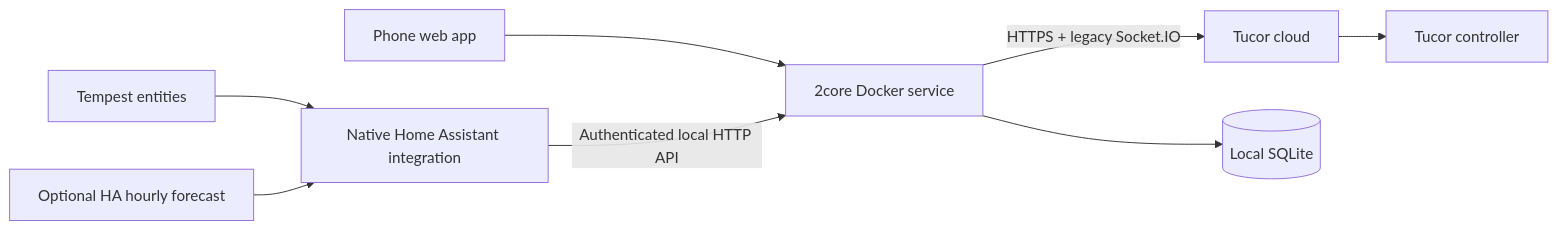
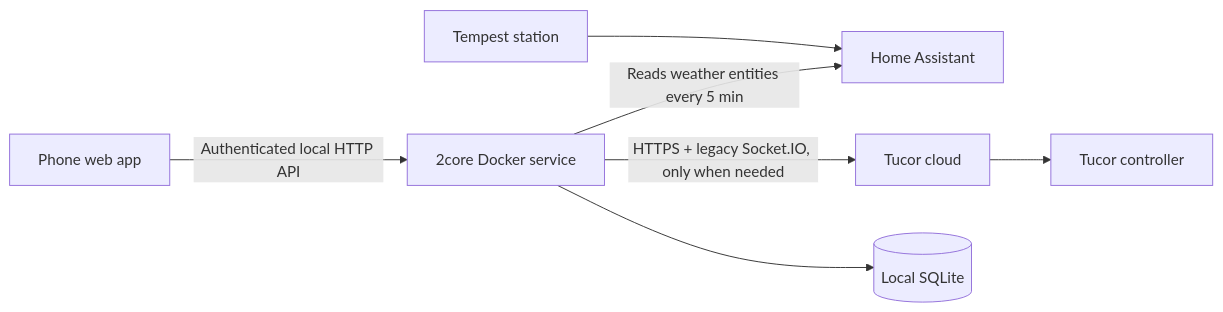
One commit to teich/2core changed the diagram in README.md. Above: the diagram before and after it, drawn with Mermaid. The commit also changed other lines of this file and 46 other files, not shown here.

First line of the commit message:
Make 2core a light Tucor client; read weather from Home Assistant

````diff
--- a/README.md
+++ b/README.md
@@ -30,10 +32,9 @@
 ```mermaid
 flowchart LR
-  Phone[Phone web app] --> Bridge[2core Docker service]
-  Tempest[Tempest entities] --> HA[Native Home Assistant integration]
-  Forecast[Optional HA hourly forecast] --> HA
-  HA -->|Authenticated local HTTP API| Bridge
-  Bridge -->|HTTPS + legacy Socket.IO| Cloud[Tucor cloud]
+  Phone[Phone web app] -->|Authenticated local HTTP API| Bridge[2core Docker service]
+  Tempest[Tempest station] --> HA[Home Assistant]
+  Bridge -->|Reads weather entities every 5 min| HA
+  Bridge -->|HTTPS + legacy Socket.IO, only when needed| Cloud[Tucor cloud]
   Cloud --> Controller[Tucor controller]
   Bridge --> SQLite[(Local SQLite)]
 ```
````
